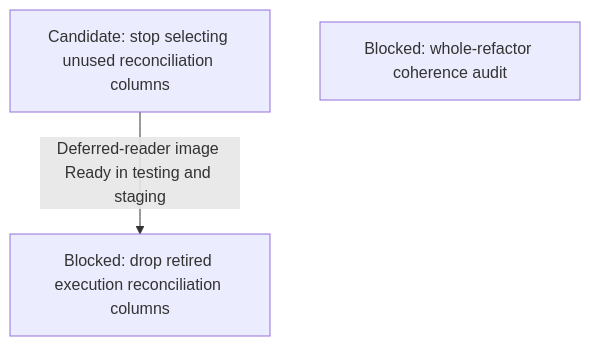
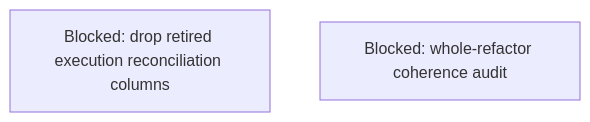
Diagram 13 of 17 in agentplane/plans/task_dag.md (agentydragon/ducktape), drawn with Mermaid before and after one commit. The commit also changed other lines of this file and 3 other files, not shown here.

Commit message:
Unmap unused execution reconciliation columns

````diff
--- a/agentplane/plans/task_dag.md
+++ b/agentplane/plans/task_dag.md
@@ -1224,7 +1224,5 @@
 ```mermaid
 flowchart TD
-    ACTION_EXECUTION_AUDIT_COLUMNS_READ_RETIRE[Candidate: stop selecting unused reconciliation columns]
     ACTION_EXECUTION_AUDIT_COLUMNS_DROP[Blocked: drop retired execution reconciliation columns]
-    ACTION_EXECUTION_AUDIT_COLUMNS_READ_RETIRE -->|Deferred-reader image Ready in testing and staging| ACTION_EXECUTION_AUDIT_COLUMNS_DROP
     REFACTOR_COHERENCE_AUDIT[Blocked: whole-refactor coherence audit]
 ```
````
